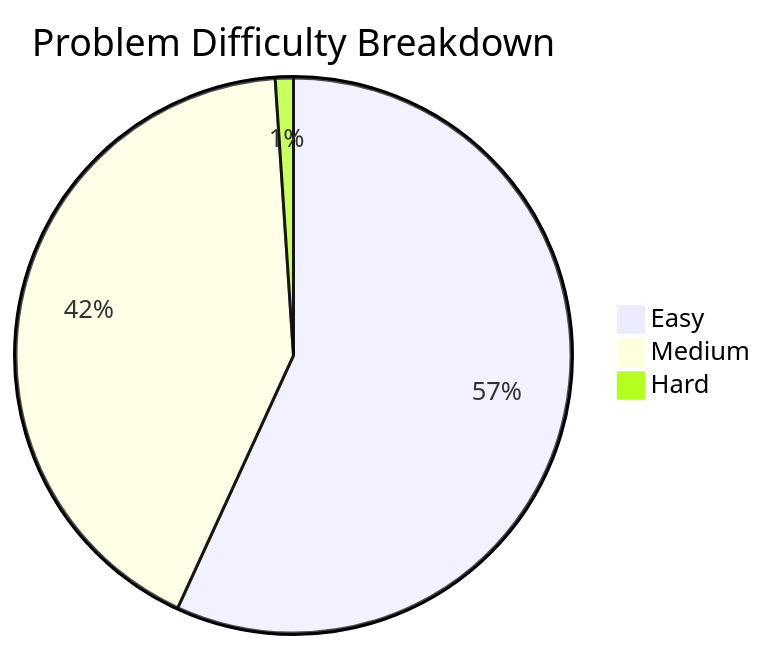
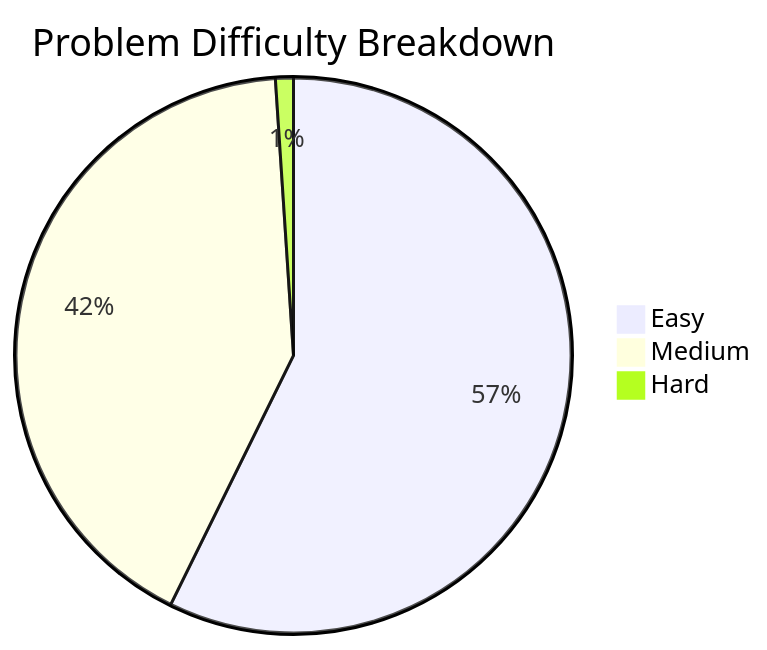
One commit to vivekkushwahaofficial/leetcode-solutions changed the diagram in stats/progress.md. Above: the diagram before and after it, drawn with Mermaid. The commit also changed other lines of this file and 5 other files, not shown here.

````diff
--- a/stats/progress.md
+++ b/stats/progress.md
@@ -18,6 +18,6 @@
 ```mermaid
 pie title Problem Difficulty Breakdown
-    "Easy" : 54
+    "Easy" : 55
     "Medium" : 40
     "Hard" : 1
 ```
````
